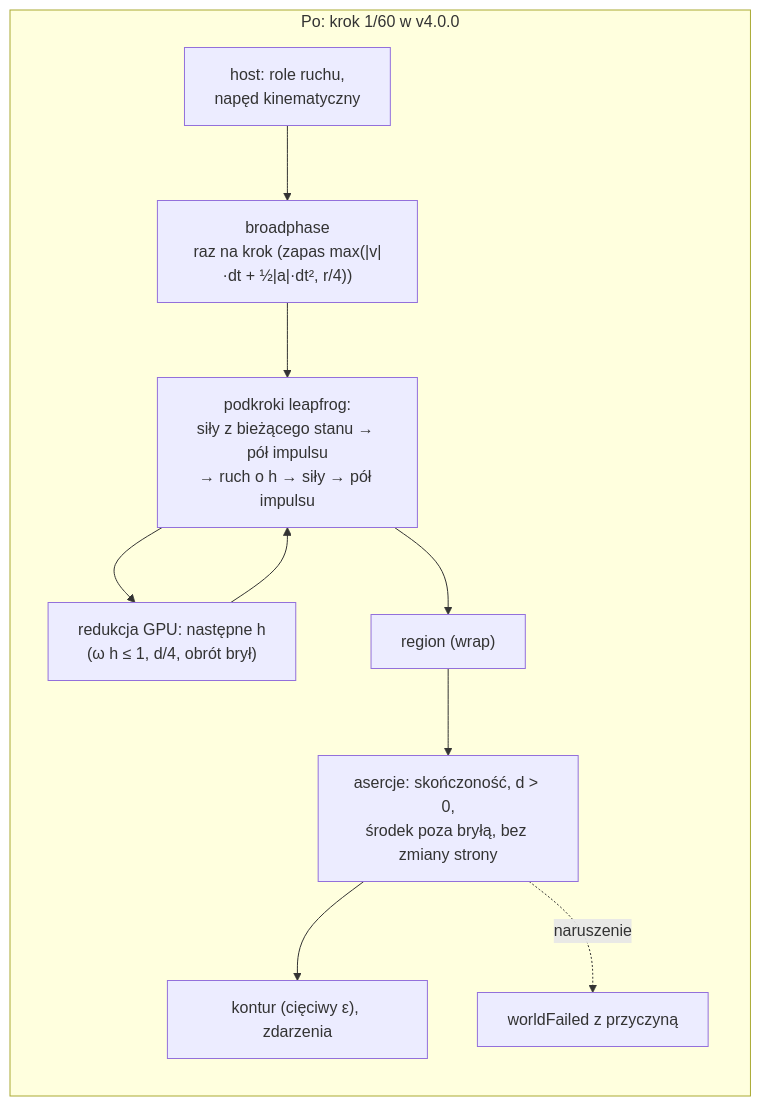
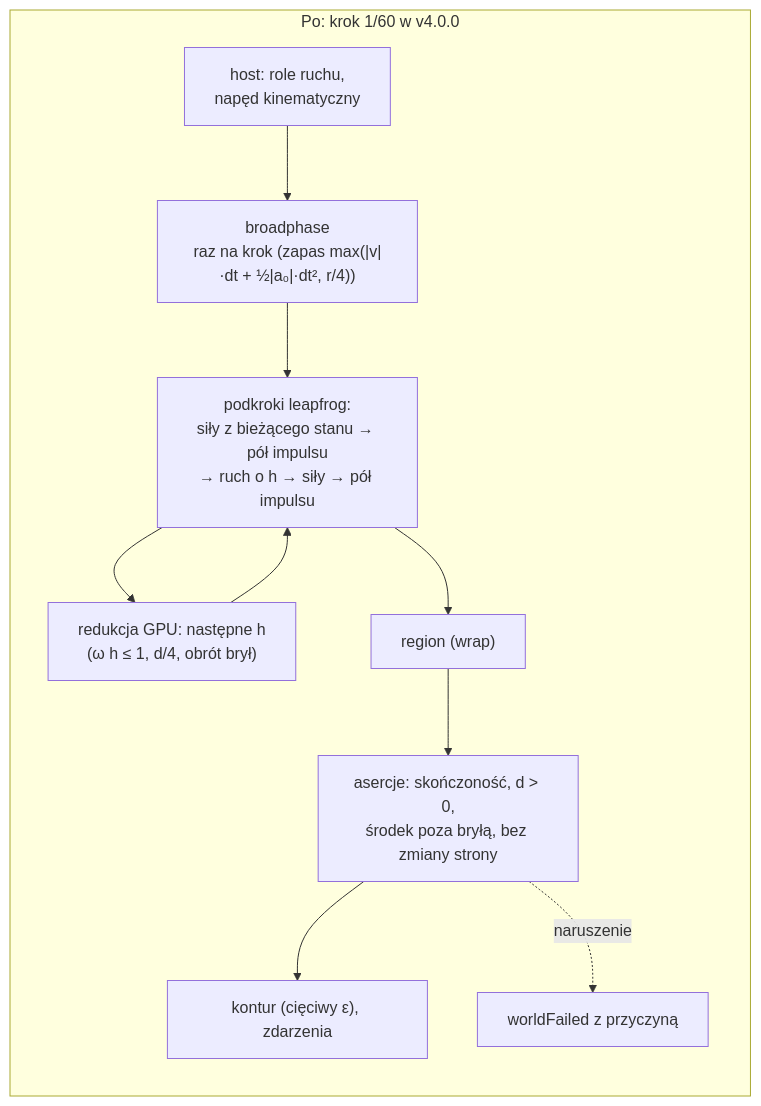
One commit to MariuszAdamowicz/BubblePhysics changed the second of 3 diagrams in docs/sdlc/changes/2026-11-23-engine-4-0-0/change-design.md. Above: the diagram before and after it, drawn with Mermaid. The commit also changed other lines of this file, not shown here.

First line of the commit message:
docs(change-design): poprawki po drugiej ocenie — statyka od d*, krok bez postępu na parze, granica prędkości float32, zapas z sił bez kontaktów

````diff
--- a/docs/sdlc/changes/2026-11-23-engine-4-0-0/change-design.md
+++ b/docs/sdlc/changes/2026-11-23-engine-4-0-0/change-design.md
@@ -51,13 +51,13 @@
 ```mermaid
 flowchart LR
   subgraph after["Po: krok 1/60 w v4.0.0"]
-    h2["host: role ruchu,<br/>napęd kinematyczny"] --> b2["broadphase<br/>raz na krok (zapas max(|v|·dt + ½|a|·dt², r/4))"]
+    h2["host: role ruchu,<br/>napęd kinematyczny"] --> b2["broadphase<br/>raz na krok (zapas max(|v|·dt + ½|a₀|·dt², r/4))"]
     b2 --> s2["podkroki leapfrog:<br/>siły z bieżącego stanu → pół impulsu<br/>→ ruch o h → siły → pół impulsu"]
     s2 --> hr["redukcja GPU: następne h<br/>(ω h ≤ 1, d/4, obrót brył)"]
     hr --> s2
     s2 --> rg2["region (wrap)"]
     rg2 --> a2["asercje: skończoność, d > 0,<br/>środek poza bryłą, bez zmiany strony"]
     a2 --> k2["kontur (cięciwy ε), zdarzenia"]
     a2 -. naruszenie .-> f2["worldFailed z przyczyną"]
   end
 ```
````
